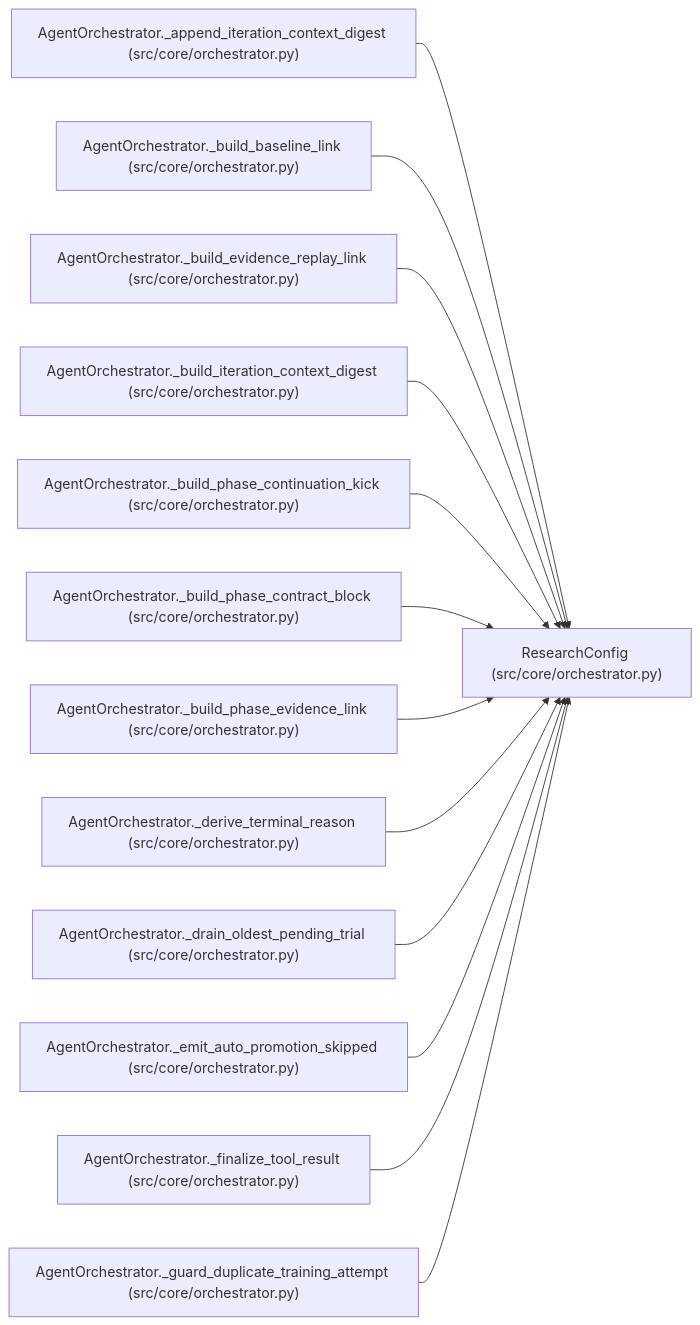
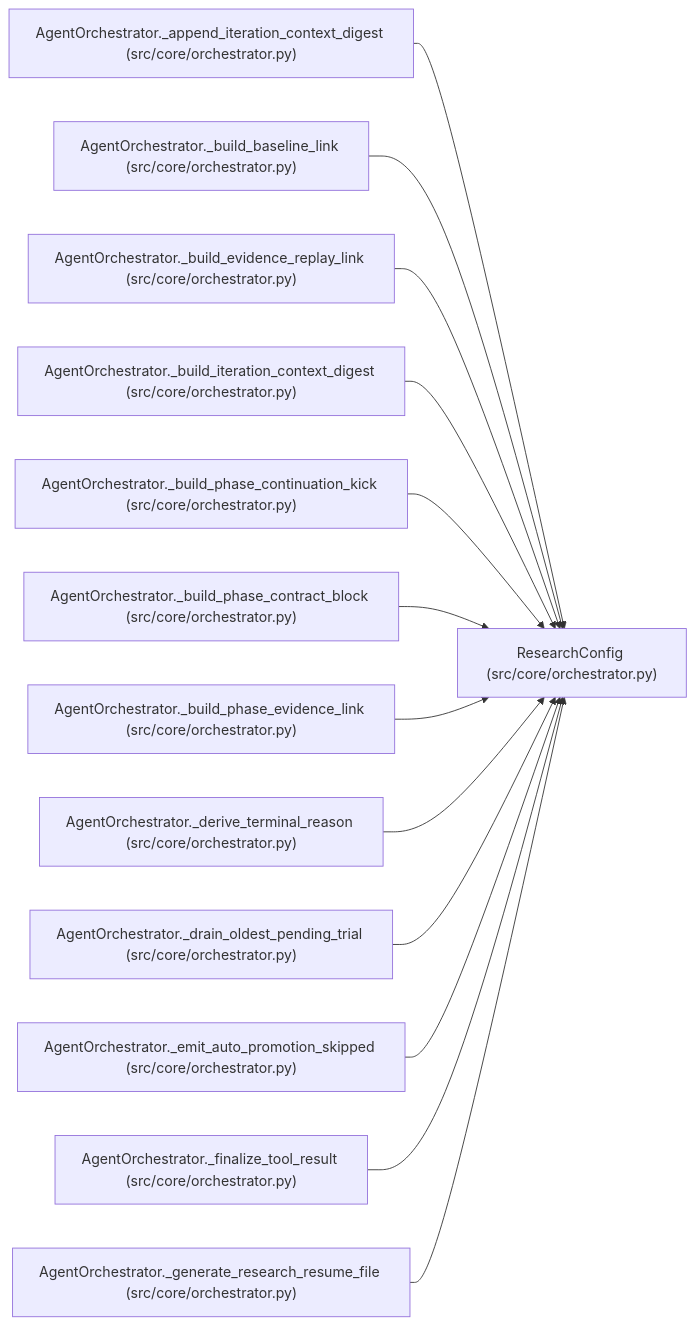
Before and after one commit to Denissvgn/autoresearch-agent: the diagram in docs/llm_wiki/entities/ResearchConfig.md, drawn with Mermaid. The commit also changed other lines of this file and 1033 other files, not shown here.

````diff
--- a/docs/llm_wiki/entities/ResearchConfig.md
+++ b/docs/llm_wiki/entities/ResearchConfig.md
@@ -48,41 +48,41 @@
 ```mermaid
 flowchart LR
     n0["ResearchConfig (src/core/orchestrator.py)"]
     n1["AgentOrchestrator._append_iteration_context_digest (src/core/orchestrator.py)"]
     n2["AgentOrchestrator._build_baseline_link (src/core/orchestrator.py)"]
     n3["AgentOrchestrator._build_evidence_replay_link (src/core/orchestrator.py)"]
     n4["AgentOrchestrator._build_iteration_context_digest (src/core/orchestrator.py)"]
     n5["AgentOrchestrator._build_phase_continuation_kick (src/core/orchestrator.py)"]
     n6["AgentOrchestrator._build_phase_contract_block (src/core/orchestrator.py)"]
     n7["AgentOrchestrator._build_phase_evidence_link (src/core/orchestrator.py)"]
     n8["AgentOrchestrator._derive_terminal_reason (src/core/orchestrator.py)"]
     n9["AgentOrchestrator._drain_oldest_pending_trial (src/core/orchestrator.py)"]
     n10["AgentOrchestrator._emit_auto_promotion_skipped (src/core/orchestrator.py)"]
     n11["AgentOrchestrator._finalize_tool_result (src/core/orchestrator.py)"]
-    n12["AgentOrchestrator._guard_duplicate_training_attempt (src/core/orchestrator.py)"]
+    n12["AgentOrchestrator._generate_research_resume_file (src/core/orchestrator.py)"]
     n1 --> n0
     n2 --> n0
     n3 --> n0
     n4 --> n0
     n5 --> n0
     n6 --> n0
     n7 --> n0
     n8 --> n0
     n9 --> n0
     n10 --> n0
     n11 --> n0
     n12 --> n0
     click n0 "../modules/orchestrator.md"
     click n1 "../modules/orchestrator.md"
     click n2 "../modules/orchestrator.md"
     click n3 "../modules/orchestrator.md"
     click n4 "../modules/orchestrator.md"
     click n5 "../modules/orchestrator.md"
     click n6 "../modules/orchestrator.md"
     click n7 "../modules/orchestrator.md"
     click n8 "../modules/orchestrator.md"
     click n9 "../modules/orchestrator.md"
     click n10 "../modules/orchestrator.md"
     click n11 "../modules/orchestrator.md"
     click n12 "../modules/orchestrator.md"
 ```
````
